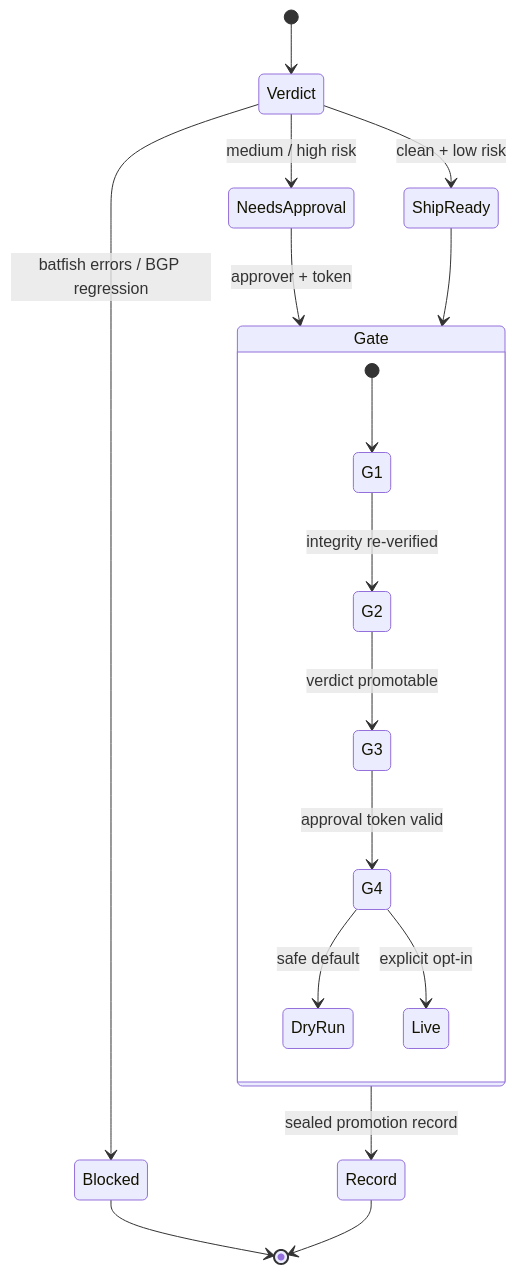
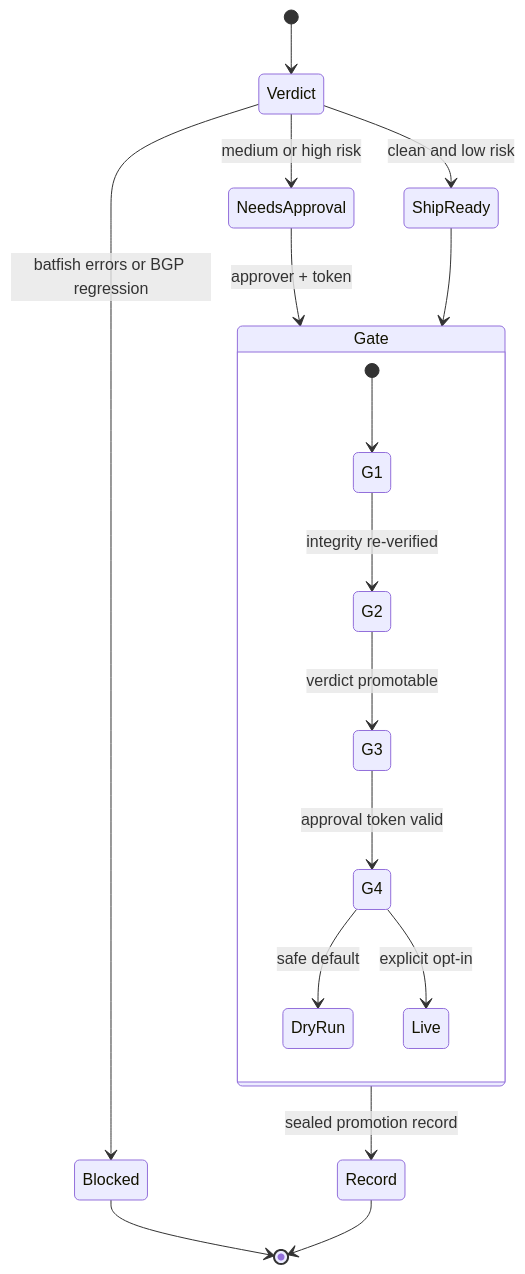
The sixth of 6 diagrams in docs/ARCHITECTURE.md (gesh75/aegis), drawn with Mermaid before and after one commit. The commit also changed other lines of this file and 1 other file, not shown here.

Commit message:
docs: harden mermaid diagrams for reliable GitHub rendering

````diff
--- a/docs/ARCHITECTURE.md
+++ b/docs/ARCHITECTURE.md
@@ -256,22 +256,22 @@
 ```mermaid
 stateDiagram-v2
     [*] --> Verdict
-    Verdict --> Blocked: batfish errors / BGP regression
-    Verdict --> NeedsApproval: medium / high risk
-    Verdict --> ShipReady: clean + low risk
+    Verdict --> Blocked: batfish errors or BGP regression
+    Verdict --> NeedsApproval: medium or high risk
+    Verdict --> ShipReady: clean and low risk
 
     Blocked --> [*]
     NeedsApproval --> Gate: approver + token
     ShipReady --> Gate
 
     state Gate {
         [*] --> G1
         G1 --> G2: integrity re-verified
         G2 --> G3: verdict promotable
         G3 --> G4: approval token valid
         G4 --> DryRun: safe default
         G4 --> Live: explicit opt-in
     }
     Gate --> Record: sealed promotion record
     Record --> [*]
 ```
````
